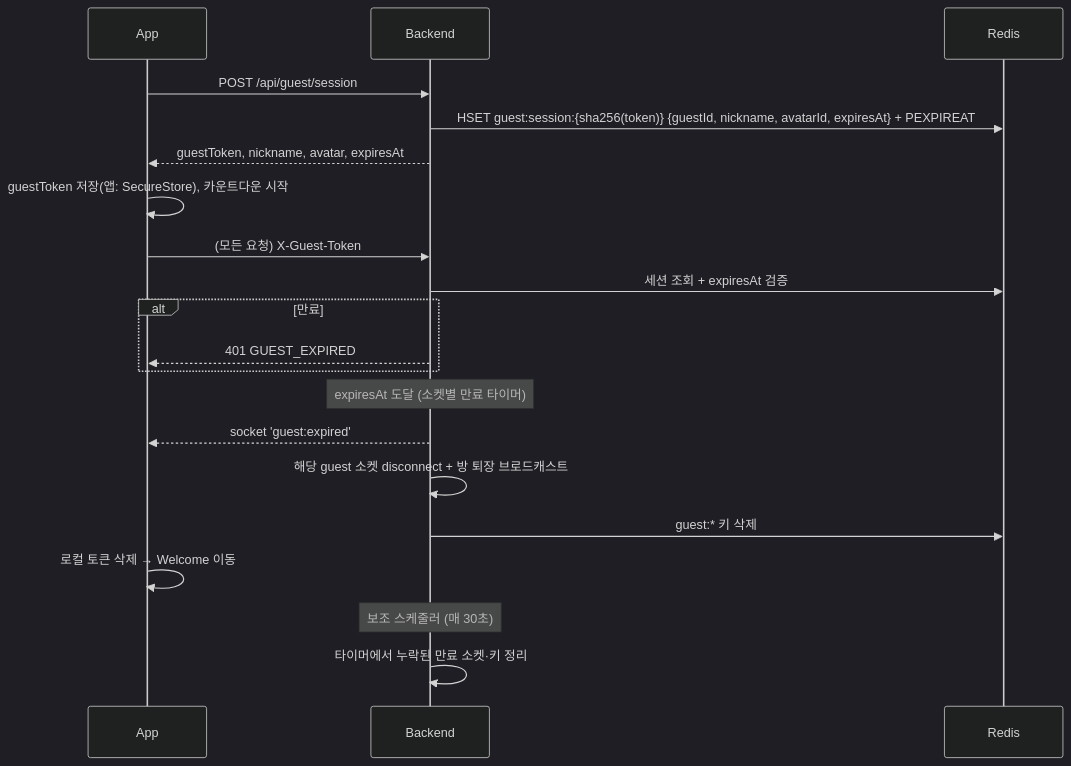
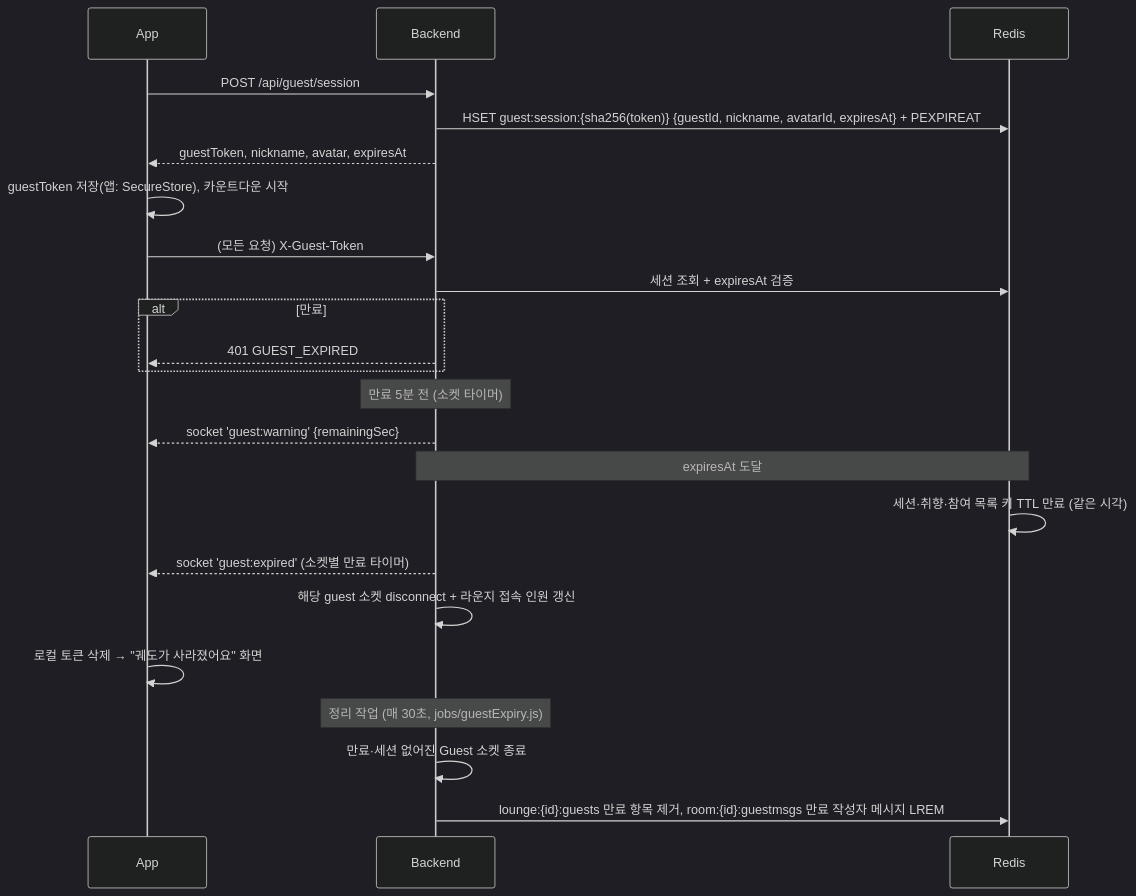
Before and after one commit to heejung72/Orbit: the second of 2 diagrams in docs/system_design.md, drawn with Mermaid (dark theme). The commit also changed other lines of this file and 6 other files, not shown here.

````diff
--- a/docs/system_design.md
+++ b/docs/system_design.md
@@ -64,26 +64,30 @@
 ```mermaid
 sequenceDiagram
     participant A as App
     participant B as Backend
     participant R as Redis
 
     A->>B: POST /api/guest/session
     B->>R: HSET guest:session:{sha256(token)} {guestId, nickname, avatarId, expiresAt} + PEXPIREAT
     B-->>A: guestToken, nickname, avatar, expiresAt
     A->>A: guestToken 저장(앱: SecureStore), 카운트다운 시작
 
     A->>B: (모든 요청) X-Guest-Token
     B->>R: 세션 조회 + expiresAt 검증
     alt 만료
         B-->>A: 401 GUEST_EXPIRED
     end
 
-    Note over B: expiresAt 도달 (소켓별 만료 타이머)
-    B-->>A: socket 'guest:expired'
-    B->>B: 해당 guest 소켓 disconnect + 방 퇴장 브로드캐스트
-    B->>R: guest:* 키 삭제
-    A->>A: 로컬 토큰 삭제 → Welcome 이동
+    Note over B: 만료 5분 전 (소켓 타이머)
+    B-->>A: socket 'guest:warning' {remainingSec}
 
-    Note over B: 보조 스케줄러 (매 30초)
-    B->>B: 타이머에서 누락된 만료 소켓·키 정리
+    Note over B,R: expiresAt 도달
+    R->>R: 세션·취향·참여 목록 키 TTL 만료 (같은 시각)
+    B-->>A: socket 'guest:expired' (소켓별 만료 타이머)
+    B->>B: 해당 guest 소켓 disconnect + 라운지 접속 인원 갱신
+    A->>A: 로컬 토큰 삭제 → "궤도가 사라졌어요" 화면
+
+    Note over B: 정리 작업 (매 30초, jobs/guestExpiry.js)
+    B->>B: 만료·세션 없어진 Guest 소켓 종료
+    B->>R: lounge:{id}:guests 만료 항목 제거, room:{id}:guestmsgs 만료 작성자 메시지 LREM
 ```
````
